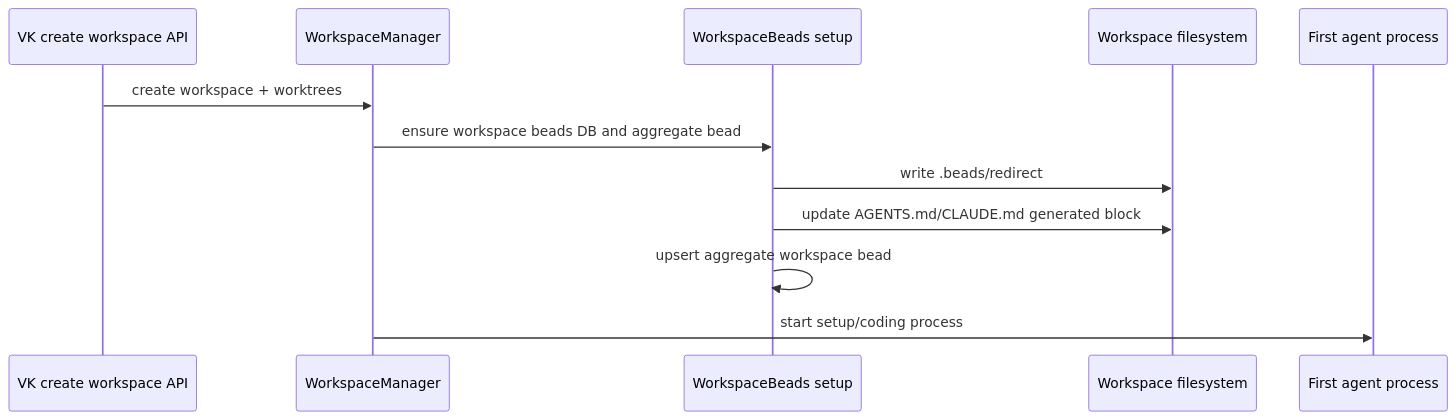
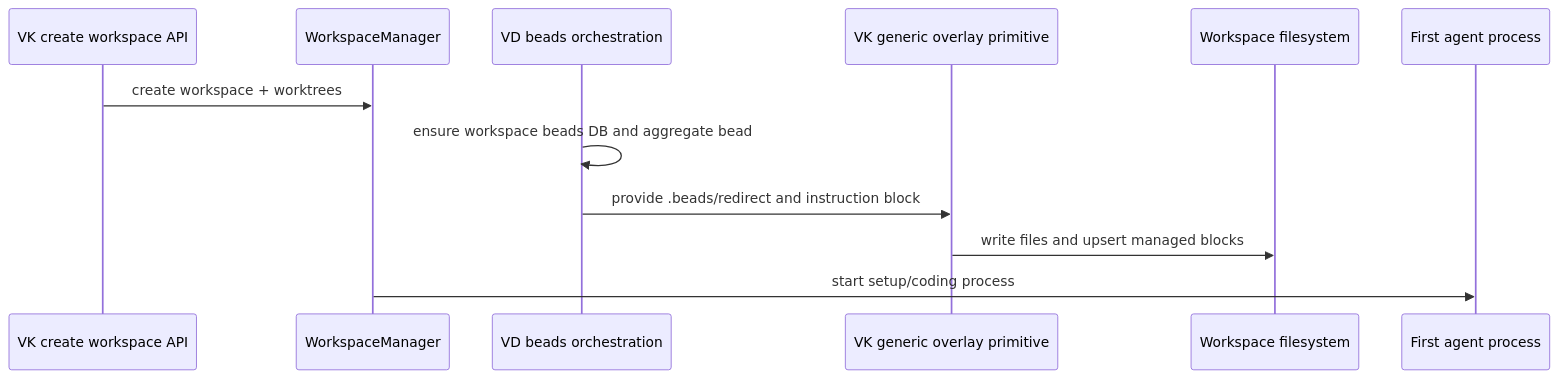
Before and after one commit to vibe-dashboard/vibe-dashboard: the second of 3 diagrams in notes/BEADS-PER-WORKSPACE-IMPLEMENTATION-PLAN.md, drawn with Mermaid. The commit also changed other lines of this file and 25 other files, not shown here.

Commit message:
feat: manage workspace-scoped beads in VD

````diff
--- a/notes/BEADS-PER-WORKSPACE-IMPLEMENTATION-PLAN.md
+++ b/notes/BEADS-PER-WORKSPACE-IMPLEMENTATION-PLAN.md
@@ -61,15 +64,15 @@
 ```mermaid
 sequenceDiagram
   participant API as VK create workspace API
   participant WM as WorkspaceManager
-  participant Beads as WorkspaceBeads setup
+  participant VD as VD beads orchestration
+  participant Overlay as VK generic overlay primitive
   participant FS as Workspace filesystem
   participant Agent as First agent process
 
   API->>WM: create workspace + worktrees
-  WM->>Beads: ensure workspace beads DB and aggregate bead
-  Beads->>FS: write .beads/redirect
-  Beads->>FS: update AGENTS.md/CLAUDE.md generated block
-  Beads->>Beads: upsert aggregate workspace bead
+  VD->>VD: ensure workspace beads DB and aggregate bead
+  VD->>Overlay: provide .beads/redirect and instruction block
+  Overlay->>FS: write files and upsert managed blocks
   WM->>Agent: start setup/coding process
 ```
````
